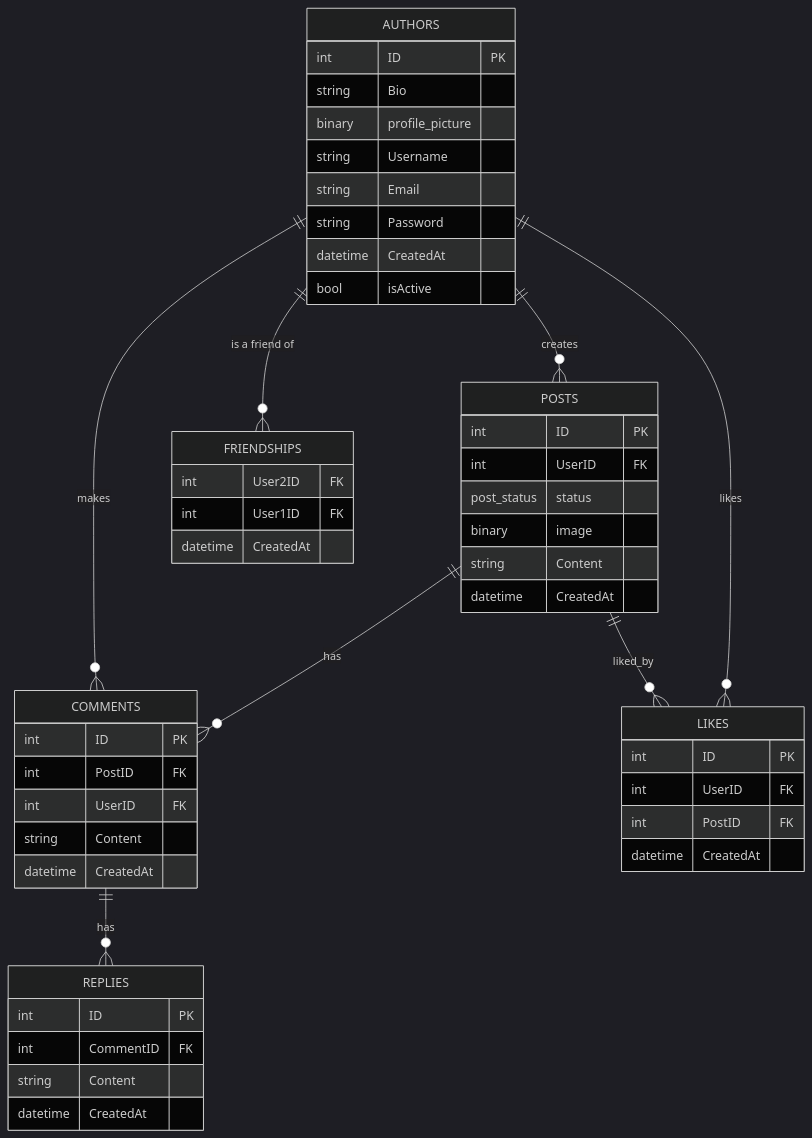
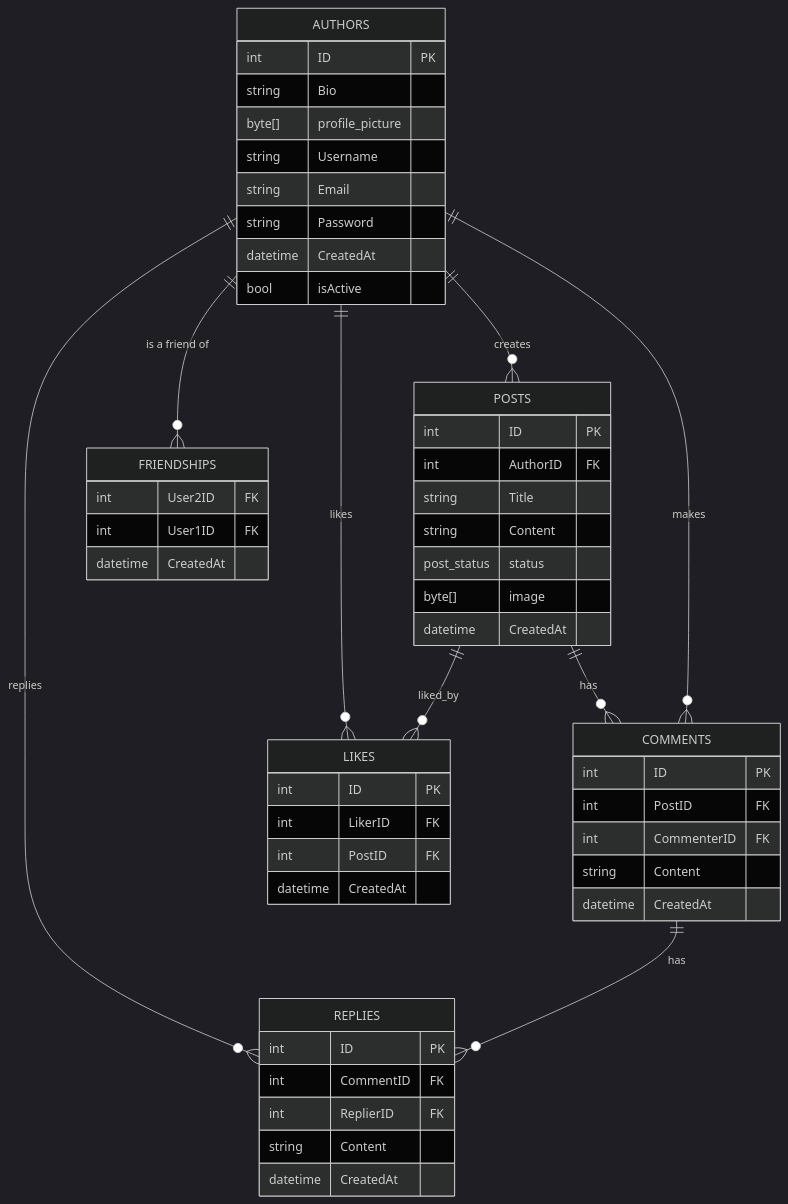
Before and after one commit to Apolo151/eSocialize-backend: the diagram in docs/ERD.md, drawn with Mermaid (dark theme). The commit also changed other lines of this file and 1 other file, not shown here.

Commit message:
update ERD

````diff
--- a/docs/ERD.md
+++ b/docs/ERD.md
@@ -1,61 +1,64 @@
 ```mermaid
 erDiagram
     %% Define Entities and Their Attributes
     AUTHORS {
       int ID PK
       string Bio
-      binary profile_picture
+      byte[] profile_picture
       string Username
       string Email
       string Password
       datetime CreatedAt
       bool isActive
     }
     
     POSTS {
       int ID PK
-      int UserID FK
+      int AuthorID FK
+      string Title
+      string Content
       post_status status
-      binary image
-      string Content
+      byte[] image
       datetime CreatedAt
     }
     
     COMMENTS {
       int ID PK
       int PostID FK
-      int UserID FK
+      int CommenterID FK
       string Content
       datetime CreatedAt
     }
 
     REPLIES {
       int ID PK
       int CommentID FK
+      int ReplierID FK
       string Content
       datetime CreatedAt
     }
 
     FRIENDSHIPS {
       int User2ID FK
       int User1ID FK
       datetime CreatedAt
     }
     
     LIKES {
       int ID PK
-      int UserID FK
+      int LikerID FK
       int PostID FK
       datetime CreatedAt
     }
     
     
     %% Define Relationships
     AUTHORS ||--o{ POSTS: "creates"
     POSTS ||--o{ COMMENTS: "has"
     AUTHORS ||--o{ COMMENTS: "makes"
     AUTHORS ||--o{ LIKES: "likes"
+    AUTHORS ||--o{ REPLIES: "replies"
     POSTS ||--o{ LIKES: "liked_by"
     AUTHORS ||--o{ FRIENDSHIPS: "is a friend of"
     COMMENTS ||--o{ REPLIES: "has"
 ```
````
